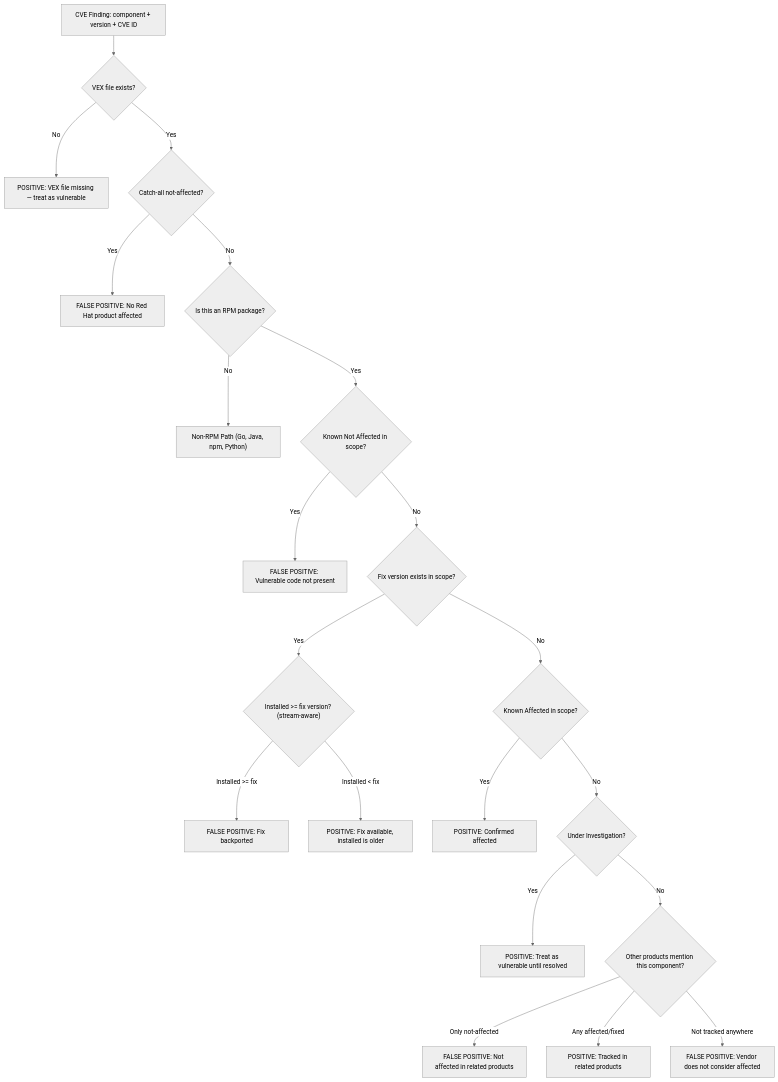
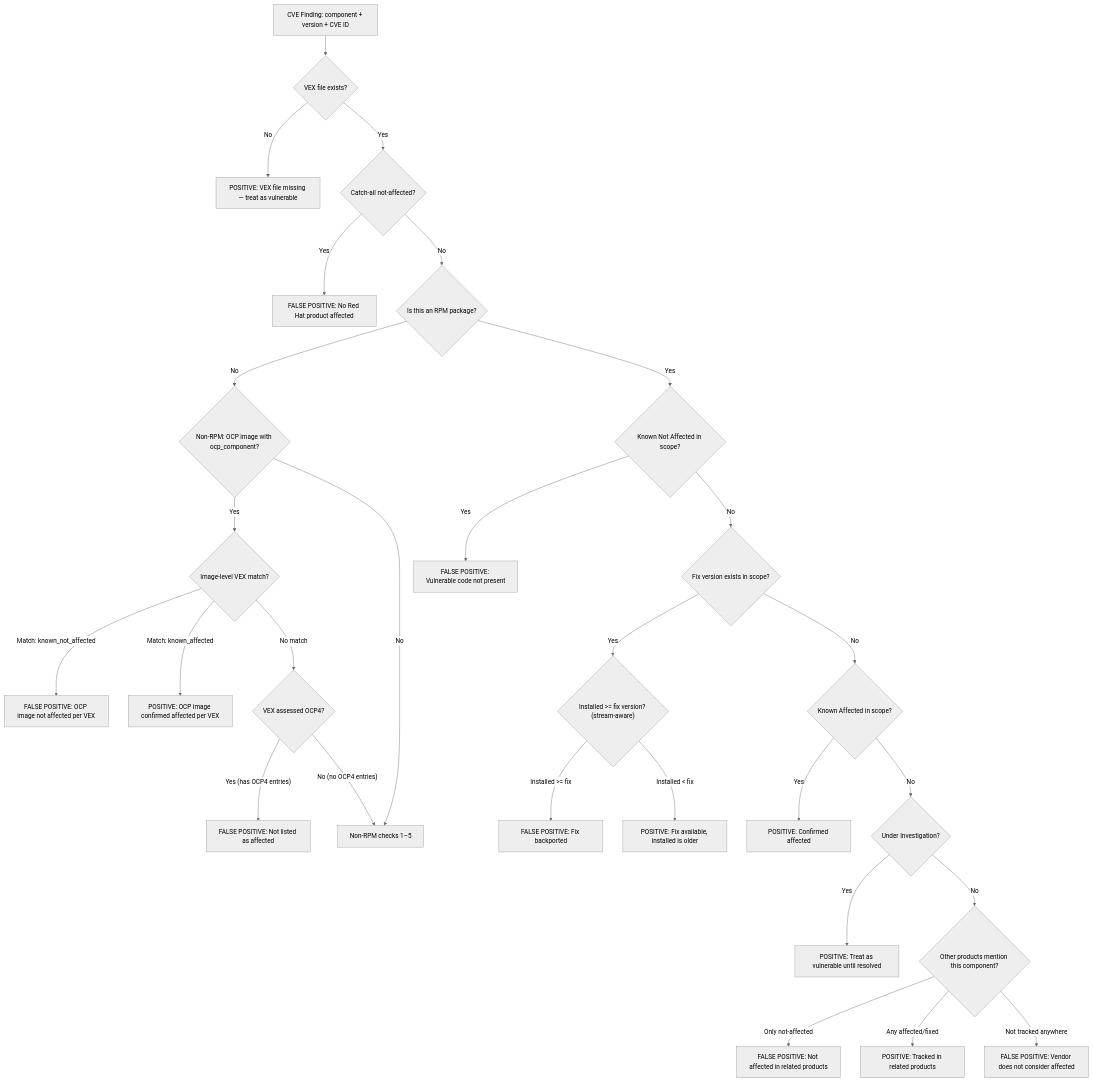
The diagram in VEX_TRIAGE_EXPLAINER.md (ralvares/rhacs-vex), drawn with Mermaid (neutral theme) before and after one commit. The commit also changed other lines of this file and 1 other file, not shown here.

````diff
--- a/VEX_TRIAGE_EXPLAINER.md
+++ b/VEX_TRIAGE_EXPLAINER.md
@@ -215,31 +219,41 @@
 ```mermaid
 graph TD
     START[CVE Finding: component + version + CVE ID] --> VEX_LOAD{VEX file exists?}
     VEX_LOAD -->|No| P1["POSITIVE: VEX file missing — treat as vulnerable"]
     VEX_LOAD -->|Yes| CATCHALL{Catch-all not-affected?}
     
     CATCHALL -->|Yes| FP1["FALSE POSITIVE: No Red Hat product affected"]
     CATCHALL -->|No| RPM{Is this an RPM package?}
     
-    RPM -->|No| NON_RPM["Non-RPM Path (Go, Java, npm, Python)"]
+    RPM -->|No| NON_RPM{Non-RPM: OCP image with ocp_component?}
     RPM -->|Yes| KNA{Known Not Affected in scope?}
+
+    NON_RPM -->|Yes| IMG_MATCH{Image-level VEX match?}
+    NON_RPM -->|No| NON_RPM_FALLBACK["Non-RPM checks 1–5"]
+
+    IMG_MATCH -->|"Match: known_not_affected"| FP_IMG["FALSE POSITIVE: OCP image not affected per VEX"]
+    IMG_MATCH -->|"Match: known_affected"| P_IMG["POSITIVE: OCP image confirmed affected per VEX"]
+    IMG_MATCH -->|No match| OCP4_ASSESSED{VEX assessed OCP4?}
+
+    OCP4_ASSESSED -->|"Yes (has OCP4 entries)"| FP_ABS["FALSE POSITIVE: Not listed as affected"]
+    OCP4_ASSESSED -->|"No (no OCP4 entries)"| NON_RPM_FALLBACK
     
     KNA -->|Yes| FP2["FALSE POSITIVE: Vulnerable code not present"]
     KNA -->|No| FIXED{Fix version exists in scope?}
     
     FIXED -->|Yes| COMPARE{"Installed >= fix version? (stream-aware)"}
     FIXED -->|No| KA{Known Affected in scope?}
     
     COMPARE -->|Installed >= fix| FP3["FALSE POSITIVE: Fix backported"]
     COMPARE -->|Installed < fix| P2["POSITIVE: Fix available, installed is older"]
     
     KA -->|Yes| P3["POSITIVE: Confirmed affected"]
     KA -->|No| UI{Under Investigation?}
     
     UI -->|Yes| P4["POSITIVE: Treat as vulnerable until resolved"]
     UI -->|No| OTHER{Other products mention this component?}
     
     OTHER -->|Only not-affected| FP4["FALSE POSITIVE: Not affected in related products"]
     OTHER -->|Any affected/fixed| P5["POSITIVE: Tracked in related products"]
     OTHER -->|Not tracked anywhere| FP5["FALSE POSITIVE: Vendor does not consider affected"]
 ```
````
